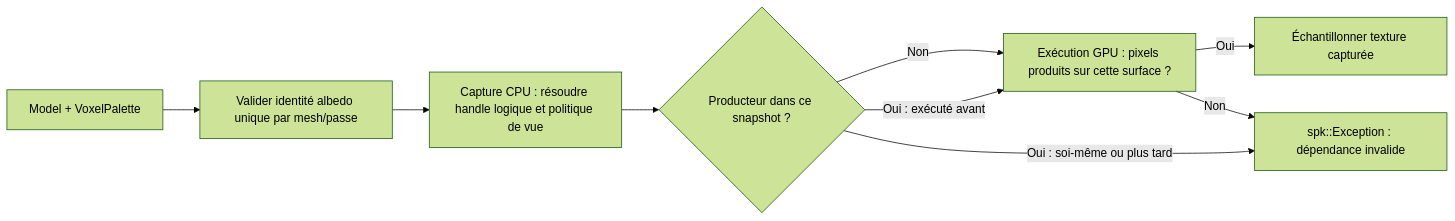
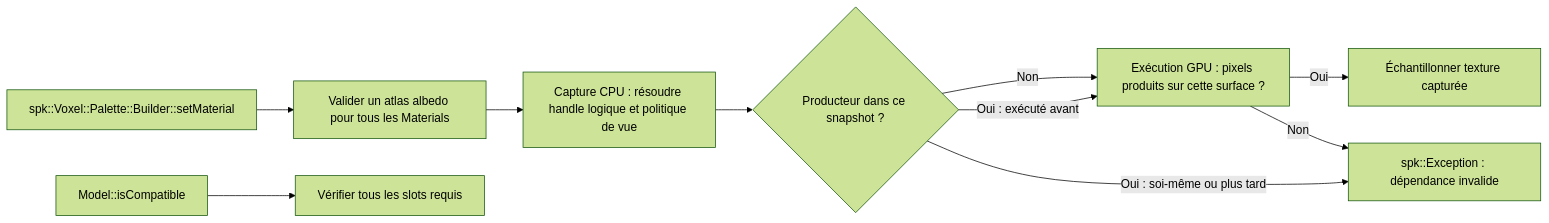
Before and after one commit to EreliaStudio/Sparkle: the fifth of 10 diagrams in docs/voxel-engine-v0.1.4/07-vues-et-passes.md, drawn with Mermaid (forest theme). The commit also changed other lines of this file and 16 other files, not shown here.

Commit message:
PR-07 — Palette générique et Builder voxel avec validation (#48)

````diff
--- a/docs/voxel-engine-v0.1.4/07-vues-et-passes.md
+++ b/docs/voxel-engine-v0.1.4/07-vues-et-passes.md
@@ -396,11 +396,12 @@
 ```mermaid
 flowchart LR
-  Model["Model + VoxelPalette"] --> Atlas["Valider identité albedo unique par mesh/passe"]
+  Palette["spk::Voxel::Palette::Builder::setMaterial"] --> Atlas["Valider un atlas albedo pour tous les Materials"]
+  Model["Model::isCompatible"] --> Slots["Vérifier tous les slots requis"]
   Atlas --> Capture["Capture CPU : résoudre handle logique et politique de vue"]
   Capture --> Earlier{"Producteur dans ce snapshot ?"}
   Earlier -->|"Oui : exécuté avant"| GPU["Exécution GPU : pixels produits sur cette surface ?"]
   Earlier -->|"Oui : soi-même ou plus tard"| Reject["spk::Exception : dépendance invalide"]
   Earlier -->|"Non"| GPU
   GPU -->|"Oui"| Sample["Échantillonner texture capturée"]
   GPU -->|"Non"| Reject
 ```
````
